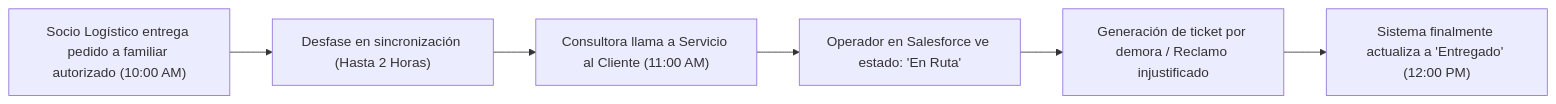
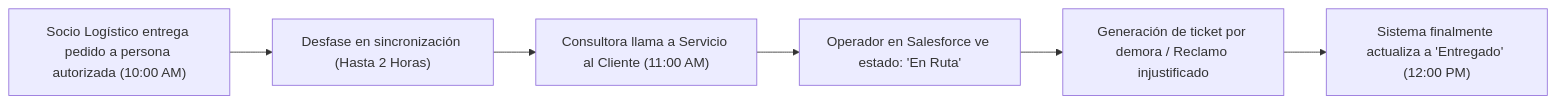
Before and after one commit to SaraviaH/arq-emp: the second of 3 diagrams in arq-emp AS-IS/Entrevista/07 - Problemas/Problemas y necesidades.md, drawn with Mermaid. The commit also changed other lines of this file and 50 other files, not shown here.

````diff
--- a/arq-emp AS-IS/Entrevista/07 - Problemas/Problemas y necesidades.md
+++ b/arq-emp AS-IS/Entrevista/07 - Problemas/Problemas y necesidades.md
@@ -56,9 +56,9 @@
 ```mermaid
 flowchart LR
-    A["Socio Logístico entrega pedido a familiar autorizado (10:00 AM)"] 
+    A["Socio Logístico entrega pedido a persona autorizada (10:00 AM)"] 
     --> B["Desfase en sincronización (Hasta 2 Horas)"]
     --> C["Consultora llama a Servicio al Cliente (11:00 AM)"]
     --> D["Operador en Salesforce ve estado: 'En Ruta'"]
     --> E["Generación de ticket por demora / Reclamo injustificado"]
     --> F["Sistema finalmente actualiza a 'Entregado' (12:00 PM)"]
 ```
````
